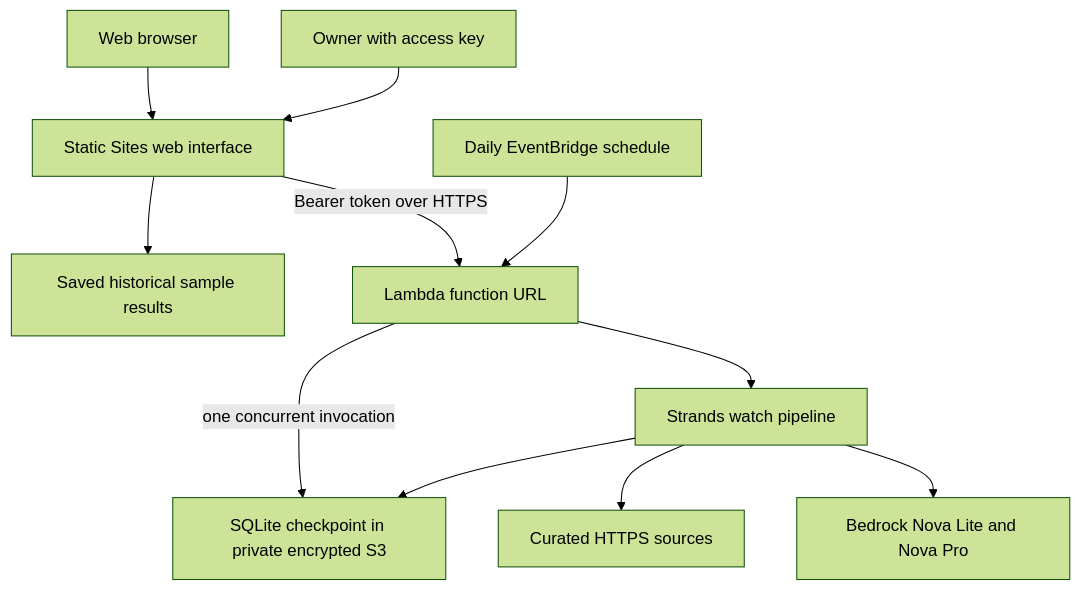
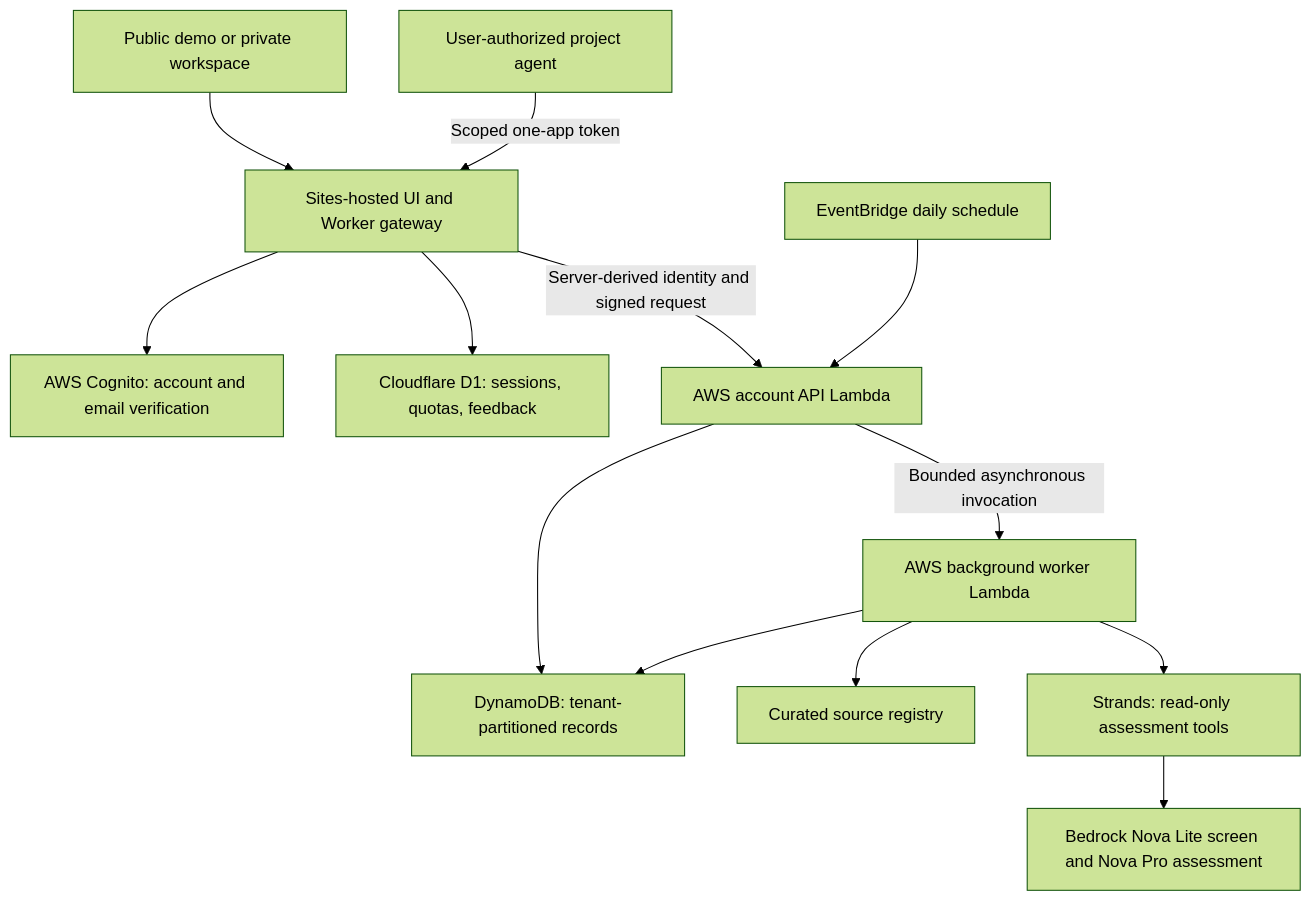
One commit to kelvin-ling/builtwatch changed the diagram in docs/ARCHITECTURE.md. Above: the diagram before and after it, drawn with Mermaid (forest theme). The commit also changed other lines of this file and 12 other files, not shown here.

````diff
--- a/docs/ARCHITECTURE.md
+++ b/docs/ARCHITECTURE.md
@@ -9,13 +15,15 @@
 ```mermaid
 flowchart TD
-    Visitor[Web browser] --> UI[Static Sites web interface]
-    UI --> Sample[Saved historical sample results]
-    Owner[Owner with access key] --> UI
-    UI -->|Bearer token over HTTPS| API[Lambda function URL]
-    Schedule[Daily EventBridge schedule] --> API
-    API -->|one concurrent invocation| Store[SQLite checkpoint in private encrypted S3]
-    API --> Pipeline[Strands watch pipeline]
-    Pipeline --> Sources[Curated HTTPS sources]
-    Pipeline --> Nova[Bedrock Nova Lite and Nova Pro]
-    Pipeline --> Store
+  Browser[Public demo or private workspace] --> Gateway[Sites-hosted UI and Worker gateway]
+  Gateway --> Cognito[AWS Cognito: account and email verification]
+  Gateway --> D1[Cloudflare D1: sessions, quotas, feedback]
+  Gateway -->|Server-derived identity and signed request| API[AWS account API Lambda]
+  API --> DDB[DynamoDB: tenant-partitioned records]
+  API -->|Bounded asynchronous invocation| Worker[AWS background worker Lambda]
+  Schedule[EventBridge daily schedule] --> API
+  Worker --> Sources[Curated source registry]
+  Worker --> Strands[Strands: read-only assessment tools]
+  Strands --> Bedrock[Bedrock Nova Lite screen and Nova Pro assessment]
+  Worker --> DDB
+  Agent[User-authorized project agent] -->|Scoped one-app token| Gateway
 ```
````
